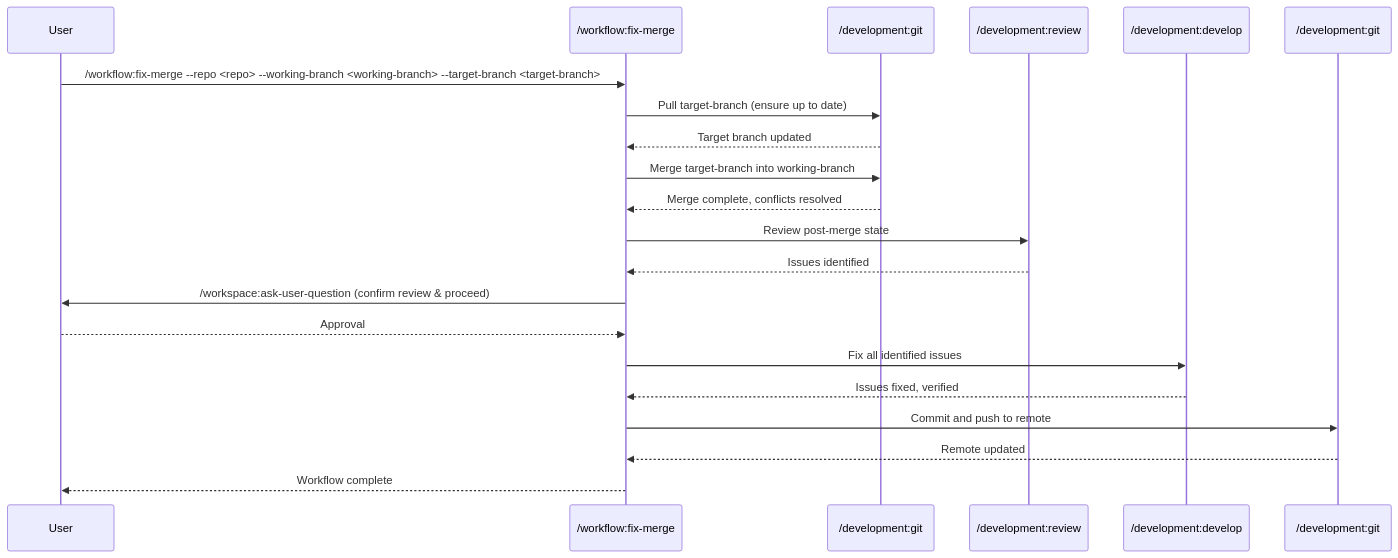
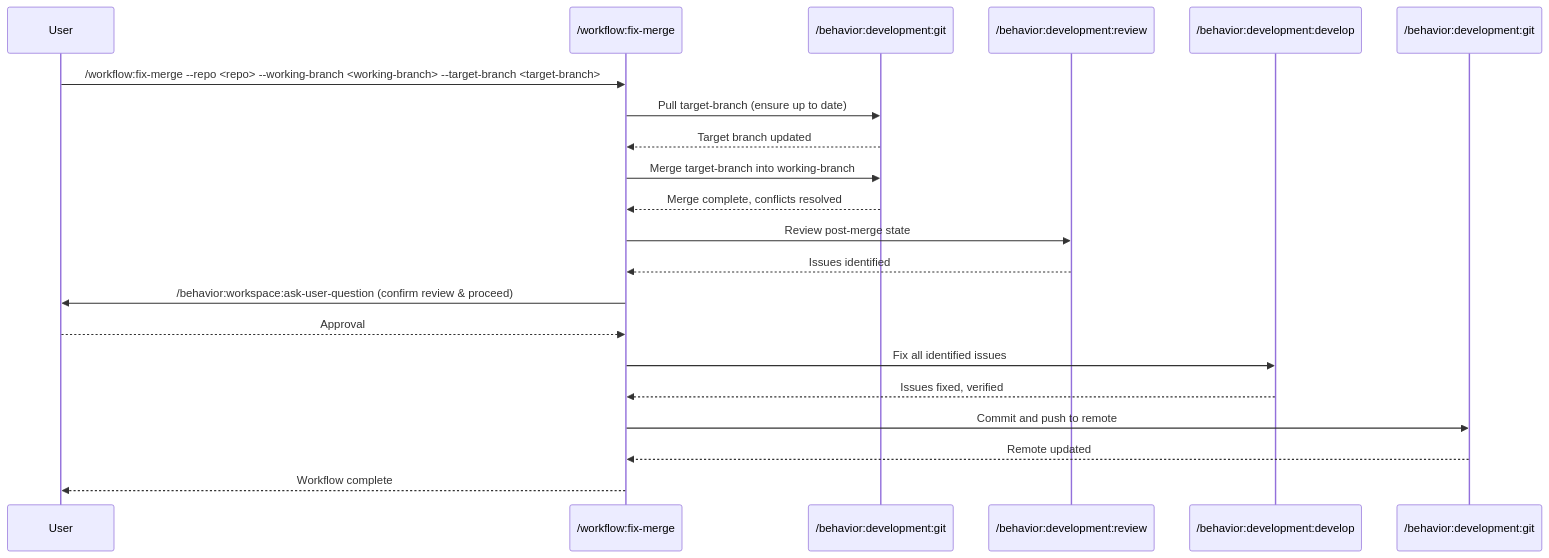
The diagram in .claude/commands/workflow/fix-merge.md (zzaia/zzaia-agentic-workspace), drawn with Mermaid before and after one commit. The commit also changed other lines of this file and 86 other files, not shown here.

````diff
--- a/.claude/commands/workflow/fix-merge.md
+++ b/.claude/commands/workflow/fix-merge.md
@@ -66,24 +66,24 @@
 ```mermaid
 sequenceDiagram
     participant U as User
     participant W as /workflow:fix-merge
-    participant C1 as /development:git
-    participant C2 as /development:review
-    participant C3 as /development:develop
-    participant C4 as /development:git
+    participant C1 as /behavior:development:git
+    participant C2 as /behavior:development:review
+    participant C3 as /behavior:development:develop
+    participant C4 as /behavior:development:git
 
     U->>W: /workflow:fix-merge --repo <repo> --working-branch <working-branch> --target-branch <target-branch>
     W->>C1: Pull target-branch (ensure up to date)
     C1-->>W: Target branch updated
     W->>C1: Merge target-branch into working-branch
     C1-->>W: Merge complete, conflicts resolved
     W->>C2: Review post-merge state
     C2-->>W: Issues identified
-    W->>U: /workspace:ask-user-question (confirm review & proceed)
+    W->>U: /behavior:workspace:ask-user-question (confirm review & proceed)
     U-->>W: Approval
     W->>C3: Fix all identified issues
     C3-->>W: Issues fixed, verified
     W->>C4: Commit and push to remote
     C4-->>W: Remote updated
     W-->>U: Workflow complete
 ```
````
